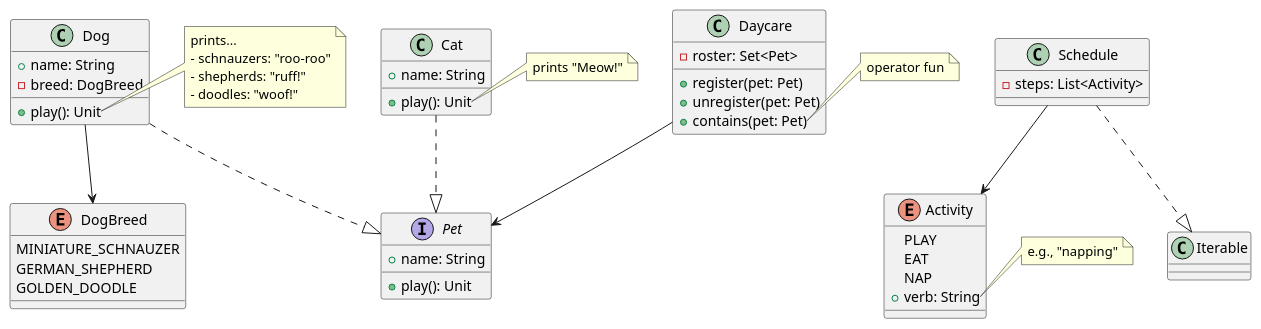
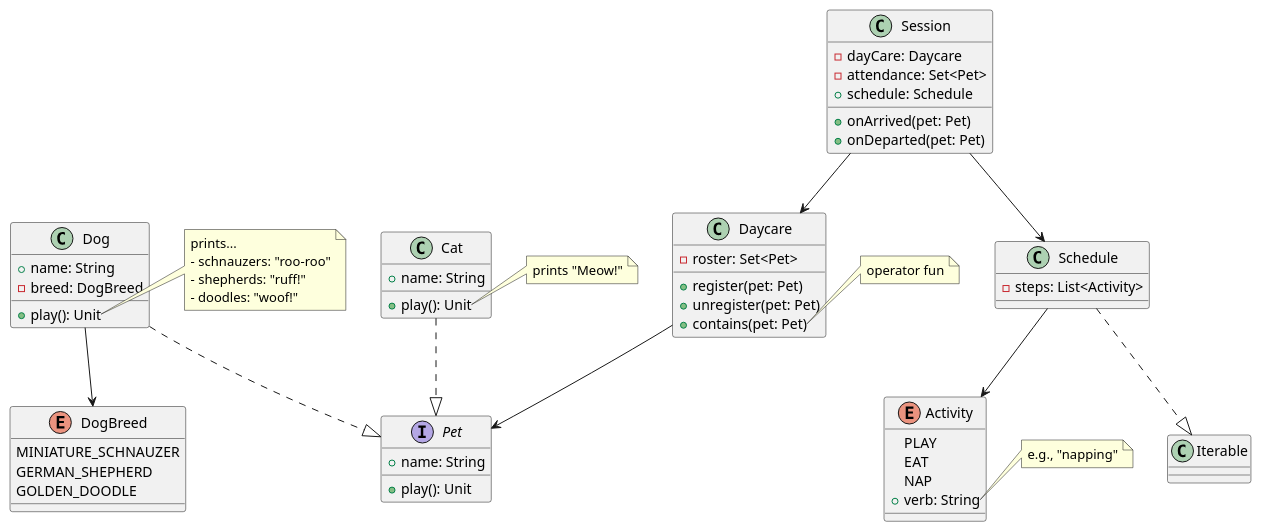
Before and after one commit to typealias-studios/video-2025-03-junie-uml: the diagram in uml/ClassDiagram.puml, drawn with PlantUML. The commit also changed 2 other files, not shown here.

Commit message:
Add Session

```diff
--- a/uml/ClassDiagram.puml
+++ b/uml/ClassDiagram.puml
@@ -1,65 +1,75 @@
 @startuml
 together {
     interface Pet {
       + name: String
       + play(): Unit
     }
 
     class Dog {
       + name: String
       - breed: DogBreed
       + play(): Unit
     }
     note right of Dog::play
       prints...
       - schnauzers: "roo-roo"
       - shepherds: "ruff!"
       - doodles: "woof!"
     end note
 
     enum DogBreed {
       MINIATURE_SCHNAUZER
       GERMAN_SHEPHERD
       GOLDEN_DOODLE
     }
 
     class Cat {
       + name: String
       + play(): Unit
     }
     note right of Cat::play
       prints "Meow!"
     end note
 }
 
 class Daycare {
   - roster: Set<Pet>
   + register(pet: Pet)
   + unregister(pet: Pet)
   + contains(pet: Pet)
 }
 note right of Daycare::contains
   operator fun
 end note
 
 enum Activity {
   PLAY
   EAT
   NAP
   + verb: String
 }
 note right of Activity::verb
   e.g., "napping"
 end note
 
 class Schedule {
   - steps: List<Activity>
 }
 
+class Session {
+  - dayCare: Daycare
+  - attendance: Set<Pet>
+  + schedule: Schedule
+  + onArrived(pet: Pet)
+  + onDeparted(pet: Pet)
+}
+
 Dog ..|> Pet
 Cat ..|> Pet
 Dog --> DogBreed
 Daycare --> Pet
 Schedule --> Activity
 Schedule ..|> Iterable
+Session --> Daycare
+Session --> Schedule
 @enduml
```
